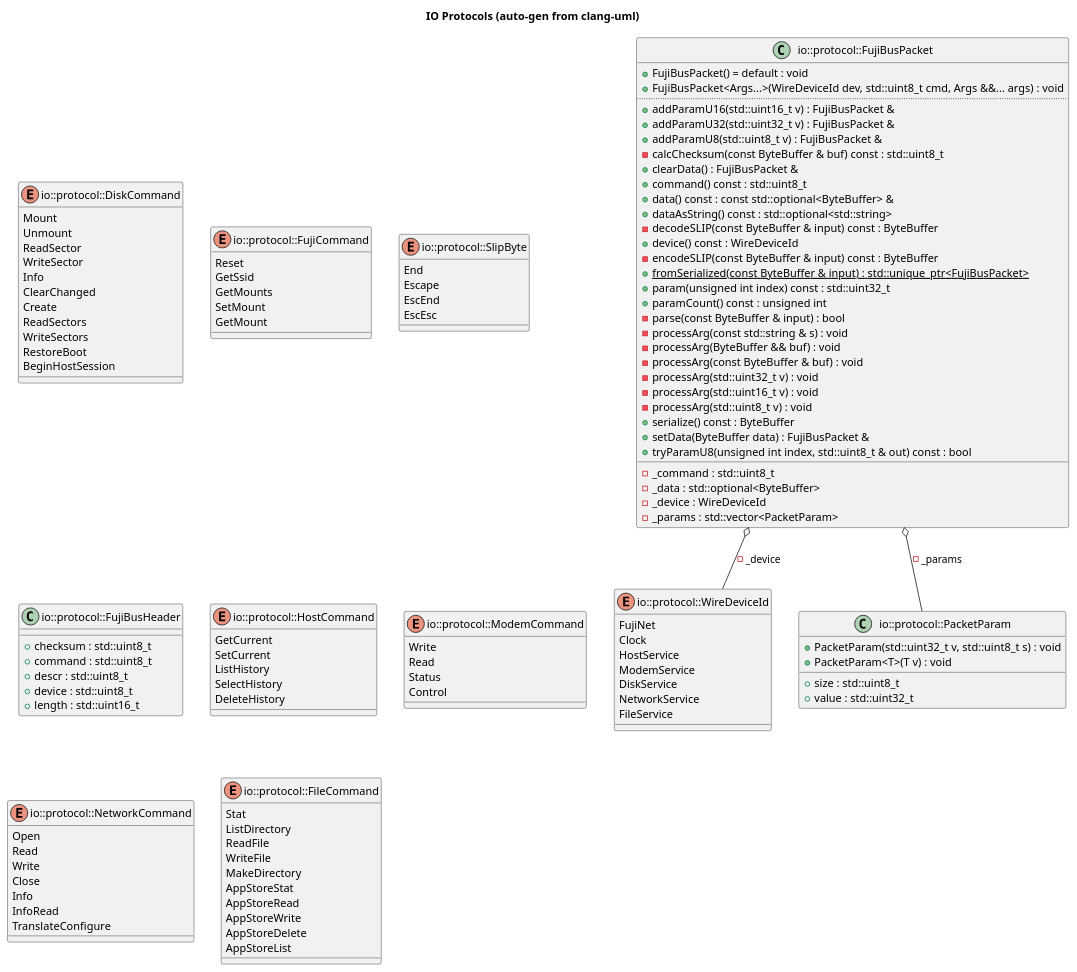
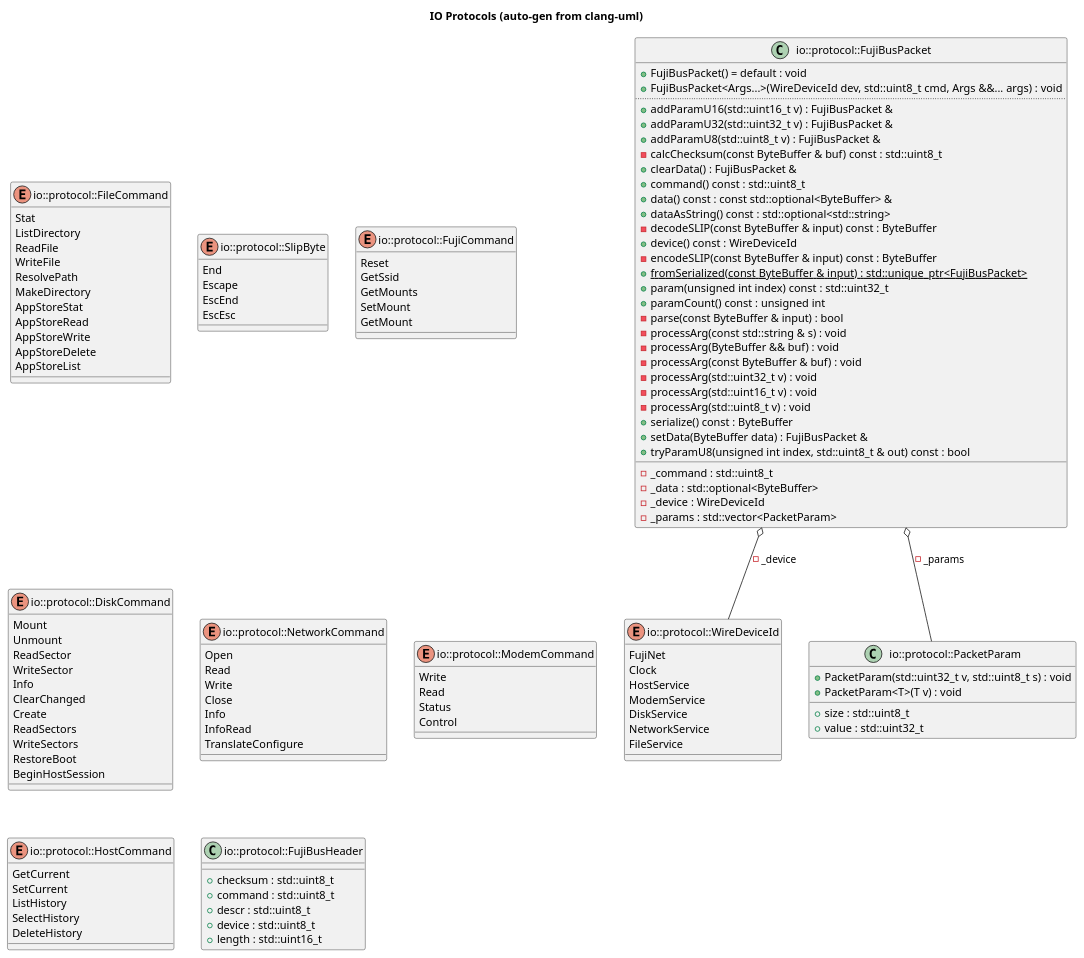
The diagram in docs/uml/gen_io_protocol.puml (markjfisher/fujinet-nio), drawn with PlantUML before and after one commit. The commit also changed 7 other files, not shown here.

Commit message:
chore: update auto-generated UML diagrams

```diff
--- a/docs/uml/gen_io_protocol.puml
+++ b/docs/uml/gen_io_protocol.puml
@@ -1,137 +1,138 @@
 @startuml
 title IO Protocols (auto-gen from clang-uml)
 enum "io::protocol::WireDeviceId" as C_0015225225004340369839
 enum C_0015225225004340369839 {
 FujiNet
 Clock
 HostService
 ModemService
 DiskService
 NetworkService
 FileService
 }
-enum "io::protocol::DiskCommand" as C_0015699043703645047876
-enum C_0015699043703645047876 {
-Mount
-Unmount
-ReadSector
-WriteSector
-Info
-ClearChanged
-Create
-ReadSectors
-WriteSectors
-RestoreBoot
-BeginHostSession
-}
-enum "io::protocol::FujiCommand" as C_0004628219160953719395
-enum C_0004628219160953719395 {
-Reset
-GetSsid
-GetMounts
-SetMount
-GetMount
+enum "io::protocol::FileCommand" as C_0003895064208135060769
+enum C_0003895064208135060769 {
+Stat
+ListDirectory
+ReadFile
+WriteFile
+ResolvePath
+MakeDirectory
+AppStoreStat
+AppStoreRead
+AppStoreWrite
+AppStoreDelete
+AppStoreList
 }
 enum "io::protocol::SlipByte" as C_0010627602090167488081
 enum C_0010627602090167488081 {
 End
 Escape
 EscEnd
 EscEsc
 }
 class "io::protocol::PacketParam" as C_0003277087640557799971
 class C_0003277087640557799971 {
 +PacketParam(std::uint32_t v, std::uint8_t s) : void
 +PacketParam<T>(T v) : void
 __
 +size : std::uint8_t
 +value : std::uint32_t
 }
 class "io::protocol::FujiBusPacket" as C_0017232777488057089840
 class C_0017232777488057089840 {
 +FujiBusPacket() = default : void
 +FujiBusPacket<Args...>(WireDeviceId dev, std::uint8_t cmd, Args &&... args) : void
 ..
 +addParamU16(std::uint16_t v) : FujiBusPacket &
 +addParamU32(std::uint32_t v) : FujiBusPacket &
 +addParamU8(std::uint8_t v) : FujiBusPacket &
 -calcChecksum(const ByteBuffer & buf) const : std::uint8_t
 +clearData() : FujiBusPacket &
 +command() const : std::uint8_t
 +data() const : const std::optional<ByteBuffer> &
 +dataAsString() const : std::optional<std::string>
 -decodeSLIP(const ByteBuffer & input) const : ByteBuffer
 +device() const : WireDeviceId
 -encodeSLIP(const ByteBuffer & input) const : ByteBuffer
 {static} +fromSerialized(const ByteBuffer & input) : std::unique_ptr<FujiBusPacket>
 +param(unsigned int index) const : std::uint32_t
 +paramCount() const : unsigned int
 -parse(const ByteBuffer & input) : bool
 -processArg(const std::string & s) : void
 -processArg(ByteBuffer && buf) : void
 -processArg(const ByteBuffer & buf) : void
 -processArg(std::uint32_t v) : void
 -processArg(std::uint16_t v) : void
 -processArg(std::uint8_t v) : void
 +serialize() const : ByteBuffer
 +setData(ByteBuffer data) : FujiBusPacket &
 +tryParamU8(unsigned int index, std::uint8_t & out) const : bool
 __
 -_command : std::uint8_t
 -_data : std::optional<ByteBuffer>
 -_device : WireDeviceId
 -_params : std::vector<PacketParam>
 }
-class "io::protocol::FujiBusHeader" as C_0009954510640382192371
-class C_0009954510640382192371 {
-__
-+checksum : std::uint8_t
-+command : std::uint8_t
-+descr : std::uint8_t
-+device : std::uint8_t
-+length : std::uint16_t
+enum "io::protocol::FujiCommand" as C_0004628219160953719395
+enum C_0004628219160953719395 {
+Reset
+GetSsid
+GetMounts
+SetMount
+GetMount
 }
-enum "io::protocol::HostCommand" as C_0007123260493549580442
-enum C_0007123260493549580442 {
-GetCurrent
-SetCurrent
-ListHistory
-SelectHistory
-DeleteHistory
-}
-enum "io::protocol::ModemCommand" as C_0010997942004027913014
-enum C_0010997942004027913014 {
-Write
-Read
-Status
-Control
+enum "io::protocol::DiskCommand" as C_0015699043703645047876
+enum C_0015699043703645047876 {
+Mount
+Unmount
+ReadSector
+WriteSector
+Info
+ClearChanged
+Create
+ReadSectors
+WriteSectors
+RestoreBoot
+BeginHostSession
 }
 enum "io::protocol::NetworkCommand" as C_0007700754280455587098
 enum C_0007700754280455587098 {
 Open
 Read
 Write
 Close
 Info
 InfoRead
 TranslateConfigure
 }
-enum "io::protocol::FileCommand" as C_0003895064208135060769
-enum C_0003895064208135060769 {
-Stat
-ListDirectory
-ReadFile
-WriteFile
-MakeDirectory
-AppStoreStat
-AppStoreRead
-AppStoreWrite
-AppStoreDelete
-AppStoreList
+enum "io::protocol::ModemCommand" as C_0010997942004027913014
+enum C_0010997942004027913014 {
+Write
+Read
+Status
+Control
+}
+enum "io::protocol::HostCommand" as C_0007123260493549580442
+enum C_0007123260493549580442 {
+GetCurrent
+SetCurrent
+ListHistory
+SelectHistory
+DeleteHistory
+}
+class "io::protocol::FujiBusHeader" as C_0009954510640382192371
+class C_0009954510640382192371 {
+__
++checksum : std::uint8_t
++command : std::uint8_t
++descr : std::uint8_t
++device : std::uint8_t
++length : std::uint16_t
 }
 C_0017232777488057089840 o-- C_0015225225004340369839 : -_device
 C_0017232777488057089840 o-- C_0003277087640557799971 : -_params
 
 'Generated with clang-uml, version 0.6.3
 'LLVM version Ubuntu clang version 18.1.3 (1ubuntu1)
 @enduml
```
